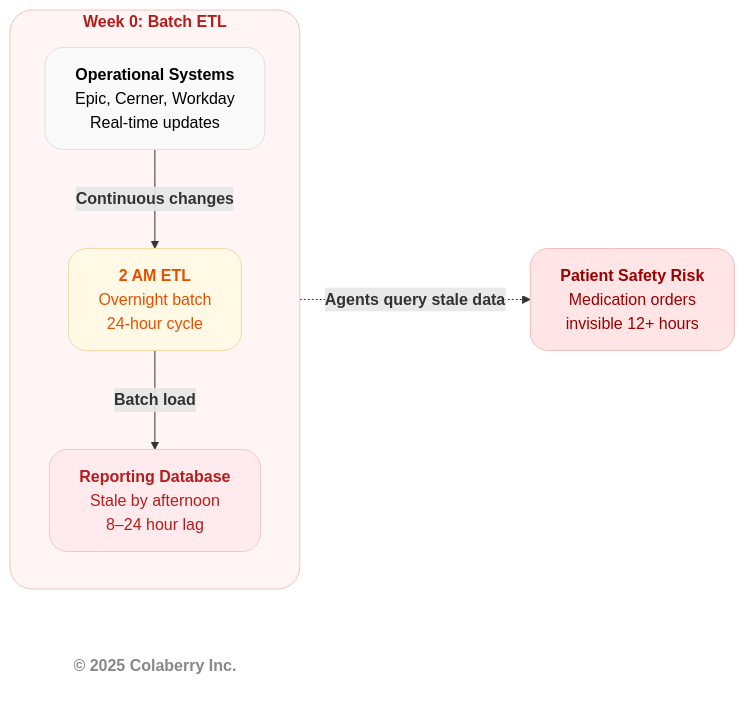
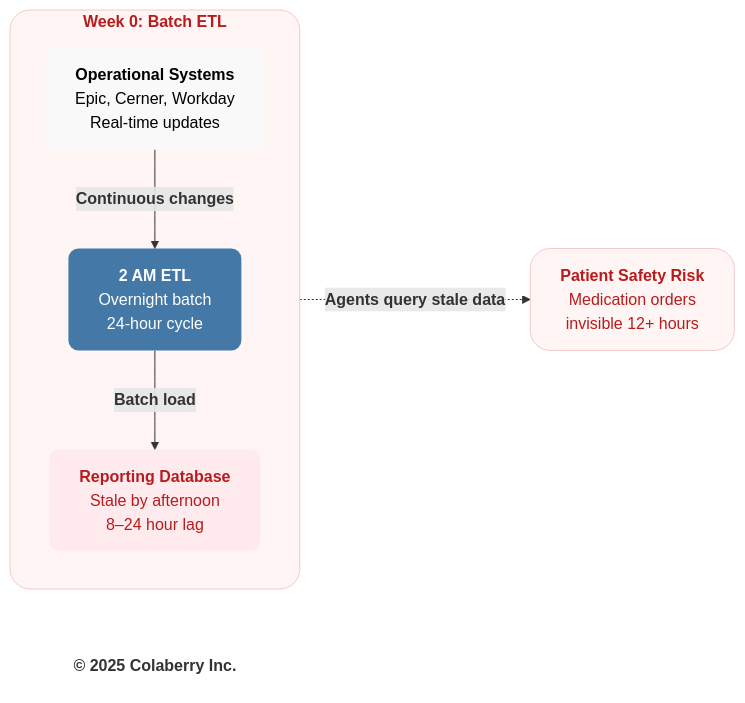
One commit to saitejesh-cyber/trust-before-intelligence-book changed the fourth of 11 diagrams in manuscript/05_chapter_4_foundation_layers.md. Above: the diagram before and after it, drawn with Mermaid. The commit also changed other lines of this file and 4 other files, not shown here.

````diff
--- a/manuscript/05_chapter_4_foundation_layers.md
+++ b/manuscript/05_chapter_4_foundation_layers.md
@@ -285,24 +285,24 @@
 ```mermaid
 graph LR
     subgraph WEEK0["<b>Week 0: Batch ETL</b>"]
         direction TB
         OPS["<b>Operational Systems</b><br/>Epic, Cerner, Workday<br/>Real-time updates"]
         ETL["<b>2 AM ETL</b><br/>Overnight batch<br/>24-hour cycle"]
         REPORT["<b>Reporting Database</b><br/>Stale by afternoon<br/>8–24 hour lag"]
     end
     
     RISK["<b>Patient Safety Risk</b><br/>Medication orders<br/>invisible 12+ hours"]
     
     Copyright["<b>© 2025 Colaberry Inc.</b>"]
     
     OPS -->|<b>Continuous changes</b>| ETL
     ETL -->|<b>Batch load</b>| REPORT
     REPORT -.->|<b>Agents query stale data</b>| RISK
     
-    style OPS fill:#f9f9f9,stroke:#e0e0e0,stroke-width:1px,color:#000000,rx:18,ry:18
-    style ETL fill:#fff9e6,stroke:#f3d9a5,stroke-width:1px,color:#e65100,rx:18,ry:18
-    style REPORT fill:#ffebee,stroke:#f5c6cb,stroke-width:1px,color:#b71c1c,rx:18,ry:18
-    style RISK fill:#ffe5e5,stroke:#f5bcbc,stroke-width:1px,color:#990000,rx:18,ry:18
-    style WEEK0 fill:#fff5f5,stroke:#f0c2c2,stroke-width:1px,color:#b71c1c,rx:22,ry:22
-    style Copyright fill:none,stroke:none,color:#888888
+    style OPS fill:#f9f9f9,stroke:none,color:#000000,rx:10,ry:10
+    style ETL fill:#4478A6,stroke:none,color:#ffffff,rx:10,ry:10
+    style REPORT fill:#ffebee,stroke:none,color:#b71c1c,rx:10,ry:10
+    style RISK fill:#fff5f5,stroke:#f2caca,stroke-width:1px,color:#b71c1c,rx:20,ry:20
+    style WEEK0 fill:#fff5f5,stroke:#f2caca,stroke-width:1px,color:#b71c1c,rx:20,ry:20
+    style Copyright fill:none,stroke:none,color:#333333
 ```
````
